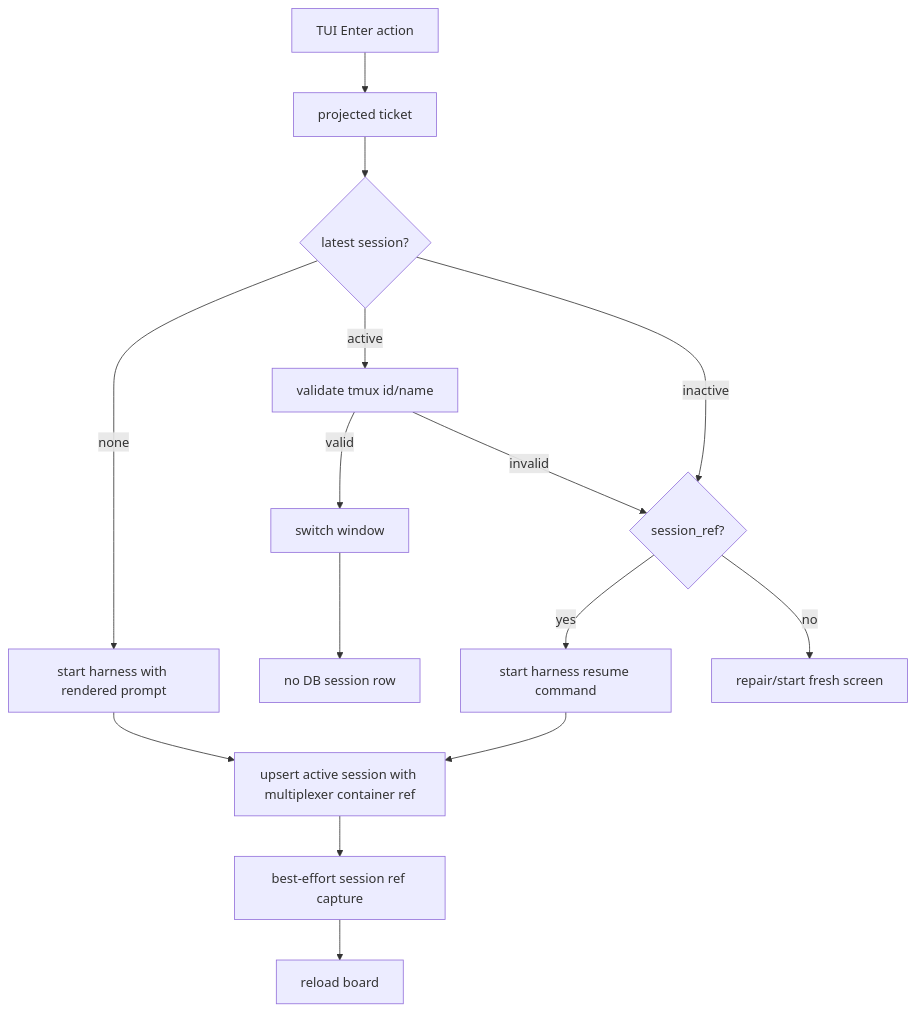
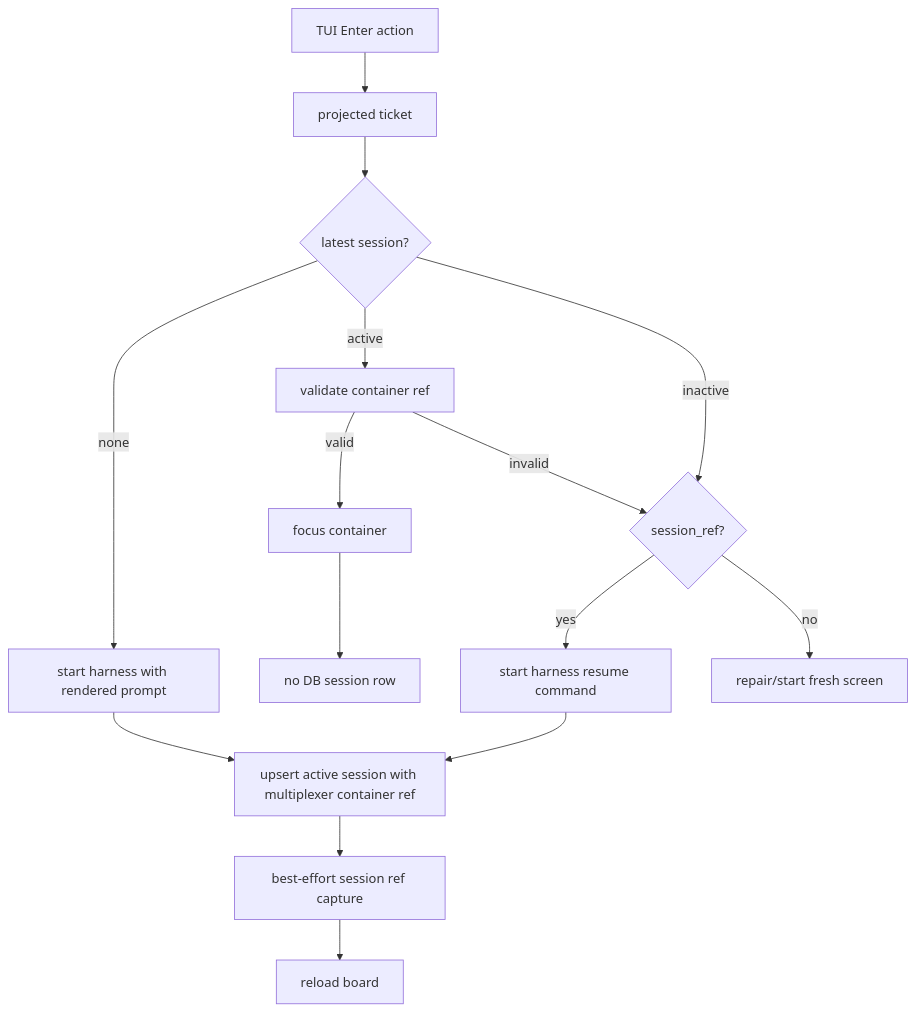
One commit to carlotran4/kanbi changed the second of 2 diagrams in docs/ticket-session-lifecycle.md. Above: the diagram before and after it, drawn with Mermaid. The commit also changed other lines of this file and 12 other files, not shown here.

````diff
--- a/docs/ticket-session-lifecycle.md
+++ b/docs/ticket-session-lifecycle.md
@@ -54,17 +54,17 @@
 ```mermaid
 flowchart TD
     TUI[TUI Enter action] --> Ticket[projected ticket]
     Ticket --> Decision{latest session?}
     Decision -- none --> Start[start harness with rendered prompt]
-    Decision -- active --> Validate[validate tmux id/name]
-    Validate -- valid --> Switch[switch window]
+    Decision -- active --> Validate[validate container ref]
+    Validate -- valid --> Switch[focus container]
     Validate -- invalid --> Ref{session_ref?}
     Decision -- inactive --> Ref
     Ref -- yes --> Resume[start harness resume command]
     Ref -- no --> Repair[repair/start fresh screen]
     Start --> Upsert[upsert active session with multiplexer container ref]
     Resume --> Upsert
     Switch --> NoWrite[no DB session row]
     Upsert --> CaptureRef[best-effort session ref capture]
     CaptureRef --> Board[reload board]
 ```
````
